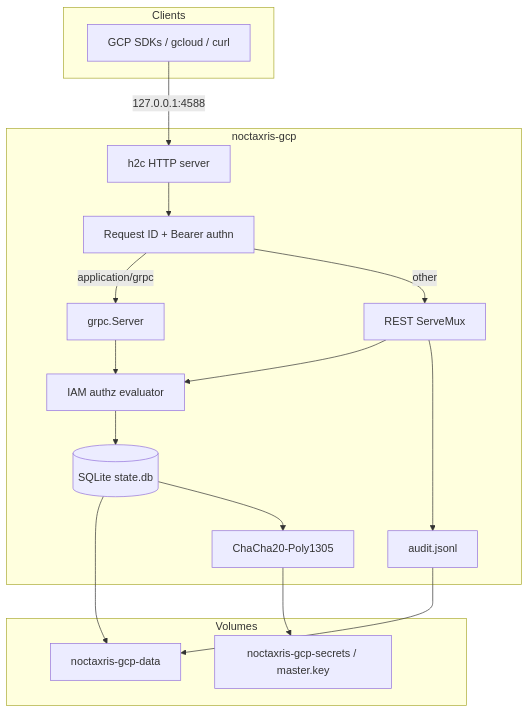
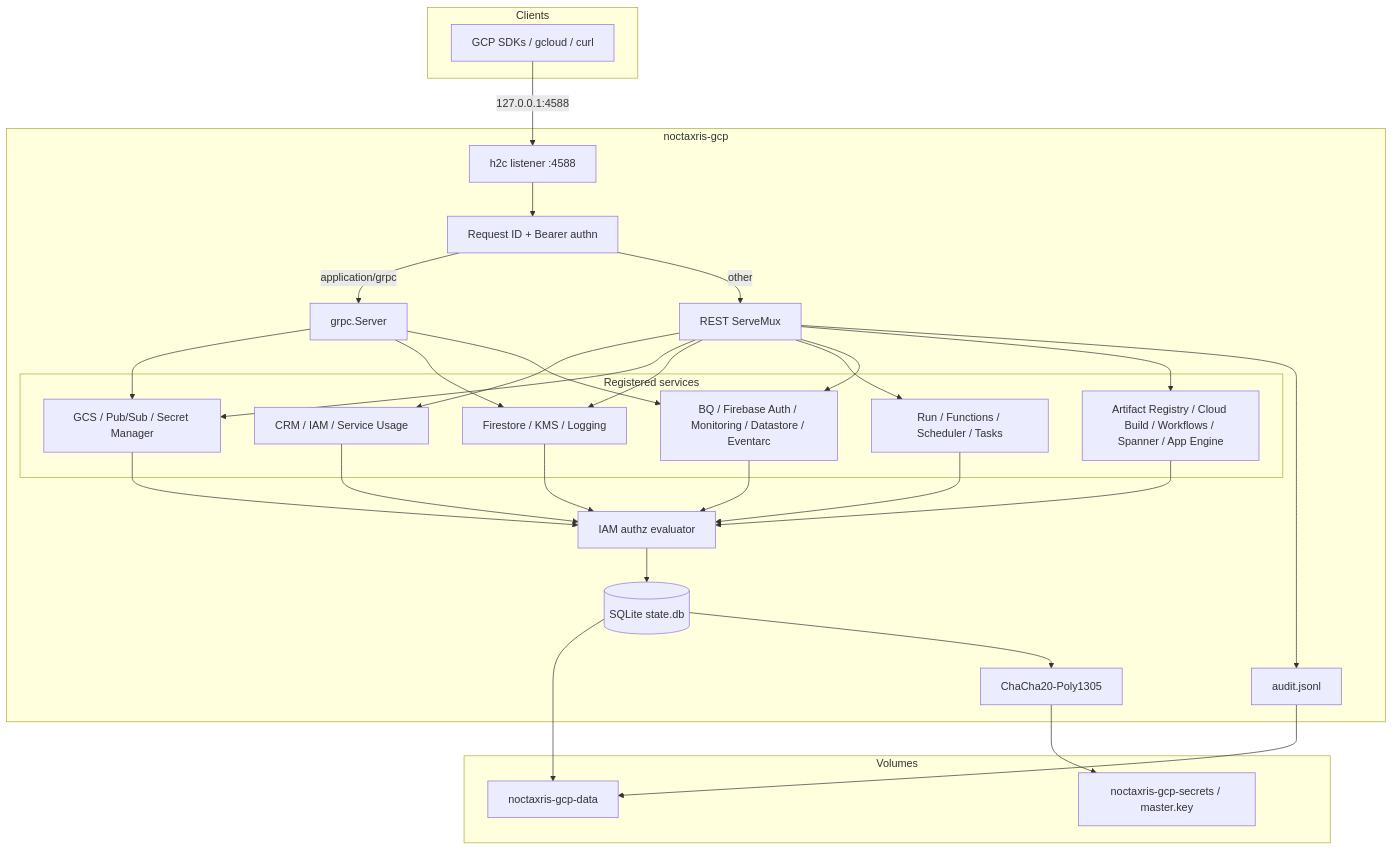
The diagram in docs/architecture.md (Kyaxris-Labs/Noctaxris-GCP), drawn with Mermaid before and after one commit. The commit also changed other lines of this file and 98 other files, not shown here.

````diff
--- a/docs/architecture.md
+++ b/docs/architecture.md
@@ -6,35 +6,57 @@
 ```mermaid
 flowchart TB
   subgraph clients [Clients]
     SDK[GCP SDKs / gcloud / curl]
   end
 
   subgraph process [noctaxris-gcp]
-    H2C[h2c HTTP server]
+    H2C[h2c listener :4588]
     MW[Request ID + Bearer authn]
     REST[REST ServeMux]
     GRPC[grpc.Server]
     AUTHZ[IAM authz evaluator]
     STORE[(SQLite state.db)]
     AEAD[ChaCha20-Poly1305]
     AUDIT[audit.jsonl]
+
+    subgraph services [Registered services]
+      ID[CRM / IAM / Service Usage]
+      DATA[GCS / Pub/Sub / Secret Manager]
+      DOC[Firestore / KMS / Logging]
+      CMP[Run / Functions / Scheduler / Tasks]
+      AN[BQ / Firebase Auth / Monitoring / Datastore / Eventarc]
+      EXP[Artifact Registry / Cloud Build / Workflows / Spanner / App Engine]
+    end
   end
 
   subgraph volumes [Volumes]
-    DATA[noctaxris-gcp-data]
+    DATAVOL[noctaxris-gcp-data]
     SECRETS[noctaxris-gcp-secrets / master.key]
   end
 
   SDK -->|127.0.0.1:4588| H2C
   H2C --> MW
   MW -->|application/grpc| GRPC
   MW -->|other| REST
-  REST --> AUTHZ
-  GRPC --> AUTHZ
+  REST --> ID
+  REST --> DATA
+  REST --> DOC
+  REST --> CMP
+  REST --> AN
+  REST --> EXP
+  GRPC --> DATA
+  GRPC --> DOC
+  GRPC --> AN
+  ID --> AUTHZ
+  DATA --> AUTHZ
+  DOC --> AUTHZ
+  CMP --> AUTHZ
+  AN --> AUTHZ
+  EXP --> AUTHZ
   AUTHZ --> STORE
-  STORE --> DATA
+  STORE --> DATAVOL
   AEAD --> SECRETS
   STORE --> AEAD
   REST --> AUDIT
-  AUDIT --> DATA
+  AUDIT --> DATAVOL
 ```
````
